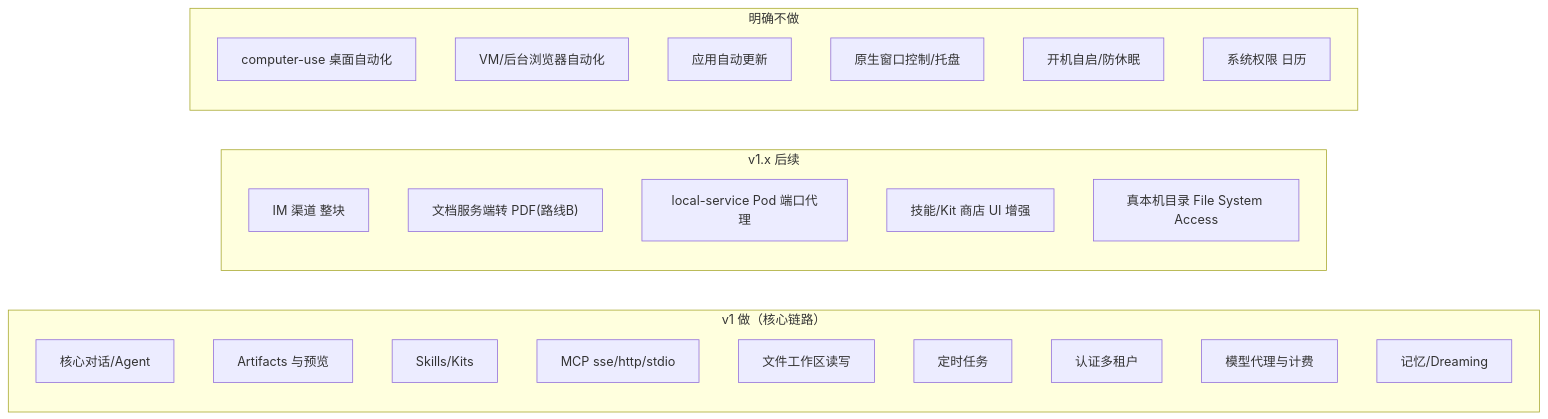
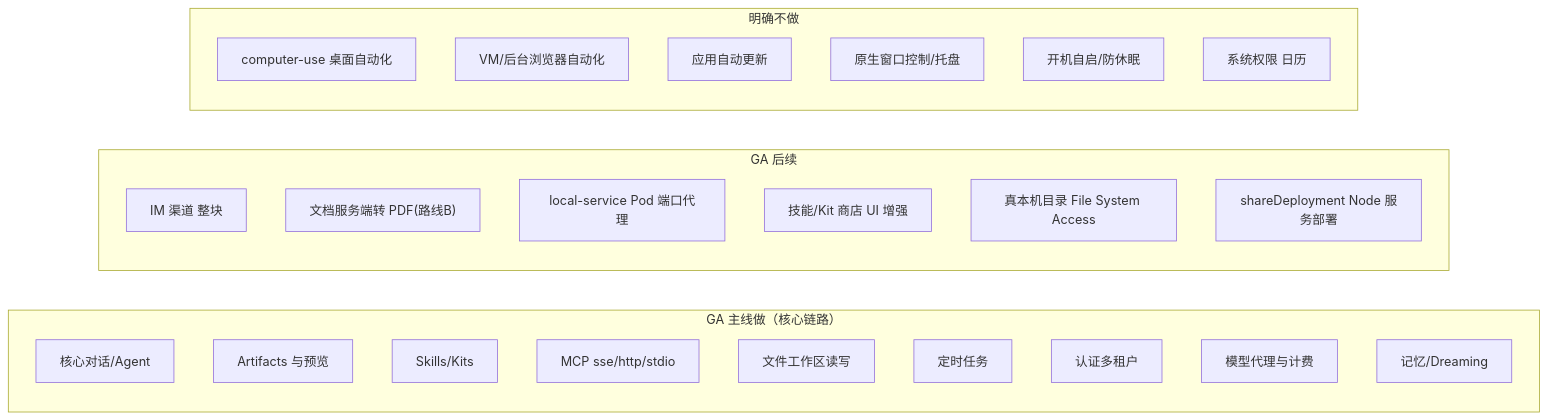
One commit to edward-ng-duke/LobsterAI changed the first of 2 diagrams in 改造计划/13-功能取舍与降级清单.md. Above: the diagram before and after it, drawn with Mermaid. The commit also changed other lines of this file and 22 other files, not shown here.

````diff
--- a/改造计划/13-功能取舍与降级清单.md
+++ b/改造计划/13-功能取舍与降级清单.md
@@ -113,29 +116,30 @@
 ```mermaid
 flowchart LR
-  subgraph V1["v1 做（核心链路）"]
+  subgraph V1["GA 主线做（核心链路）"]
     A1[核心对话/Agent]
     A2[Artifacts 与预览]
     A3[Skills/Kits]
     A4["MCP sse/http/stdio"]
     A5[文件工作区读写]
     A6[定时任务]
     A7[认证多租户]
     A8[模型代理与计费]
     A9[记忆/Dreaming]
   end
-  subgraph VX["v1.x 后续"]
+  subgraph VX["GA 后续"]
     B1[IM 渠道 整块]
     B2["文档服务端转 PDF(路线B)"]
     B3["local-service Pod 端口代理"]
     B4[技能/Kit 商店 UI 增强]
     B5[真本机目录 File System Access]
+    B6["shareDeployment Node 服务部署"]
   end
   subgraph NO["明确不做"]
     C1[computer-use 桌面自动化]
     C2[VM/后台浏览器自动化]
     C3[应用自动更新]
     C4[原生窗口控制/托盘]
     C5[开机自启/防休眠]
     C6[系统权限 日历]
   end
 ```
````
